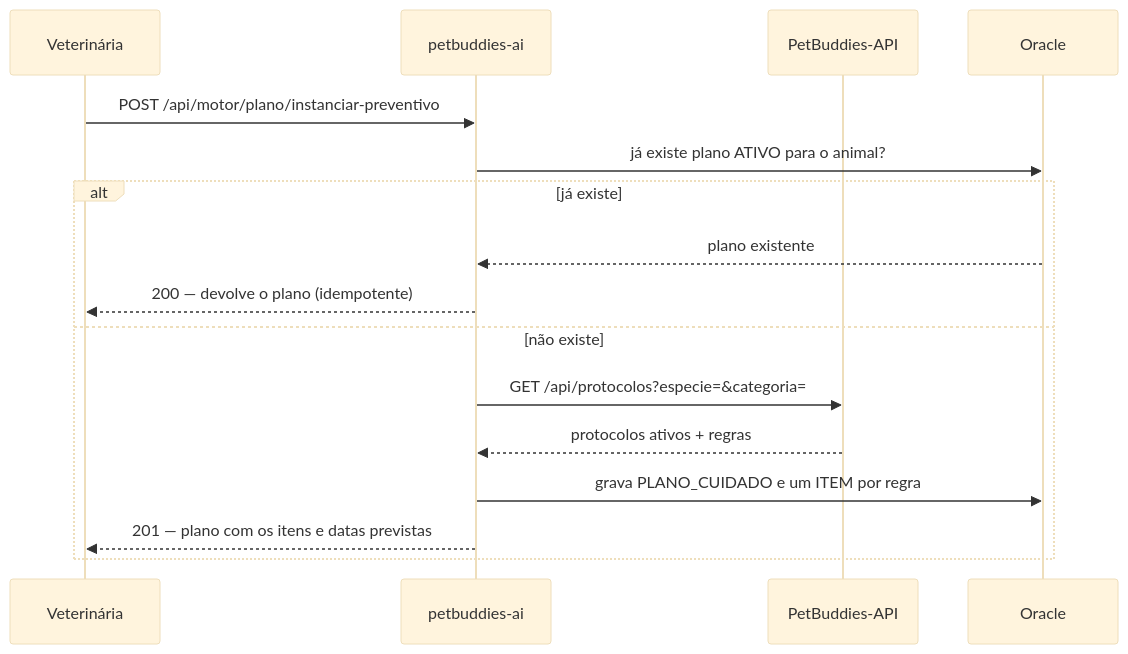
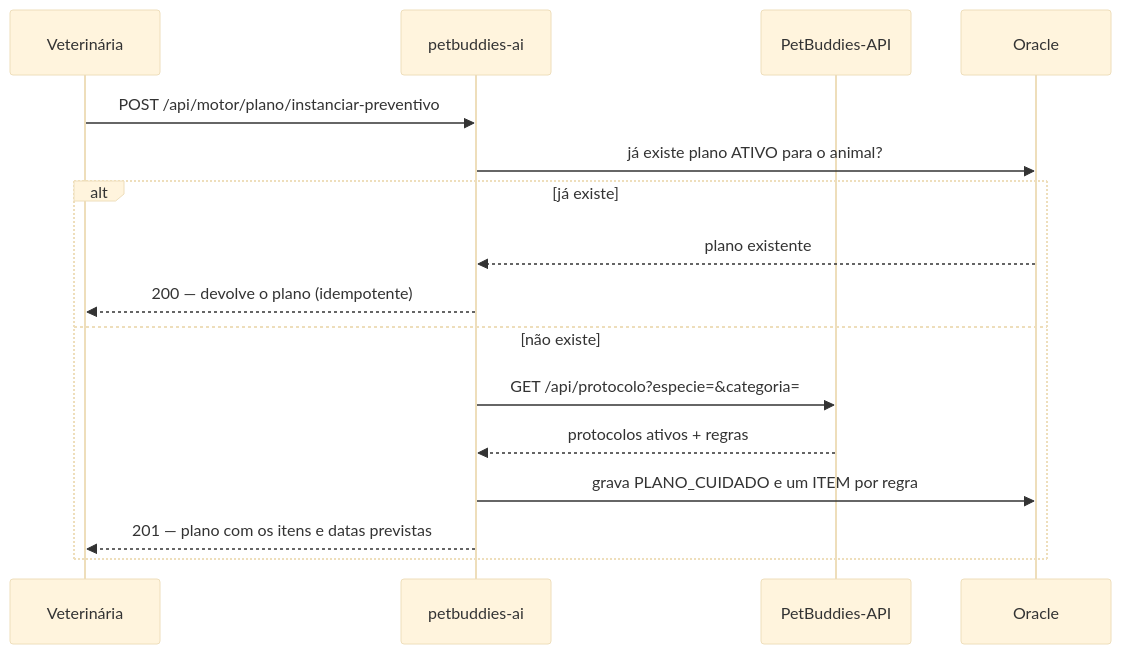
The fourth of 5 diagrams in README.md (3BugBuddies/PetBuddies-AI), drawn with Mermaid (base theme) before and after one commit. The commit also changed other lines of this file and 2 other files, not shown here.

Commit message:
fix: aponta o ProtocoloClient para a rota singular do .NET
O .NET renomeia /api/protocolos para /api/protocolo na mesma onda. Sem esta
mudanca a leitura do catalogo quebra em runtime, nao na compilacao: o plano
de cuidado simplesmente para de nascer.

````diff
--- a/README.md
+++ b/README.md
@@ -305,19 +305,19 @@
 ```mermaid
 sequenceDiagram
     participant V as Veterinária
     participant J as petbuddies-ai
     participant N as PetBuddies-API
     participant DB as Oracle
 
     V->>J: POST /api/motor/plano/instanciar-preventivo
     J->>DB: já existe plano ATIVO para o animal?
     alt já existe
         DB-->>J: plano existente
         J-->>V: 200 — devolve o plano (idempotente)
     else não existe
-        J->>N: GET /api/protocolos?especie=&categoria=
+        J->>N: GET /api/protocolo?especie=&categoria=
         N-->>J: protocolos ativos + regras
         J->>DB: grava PLANO_CUIDADO e um ITEM por regra
         J-->>V: 201 — plano com os itens e datas previstas
     end
 ```
````
